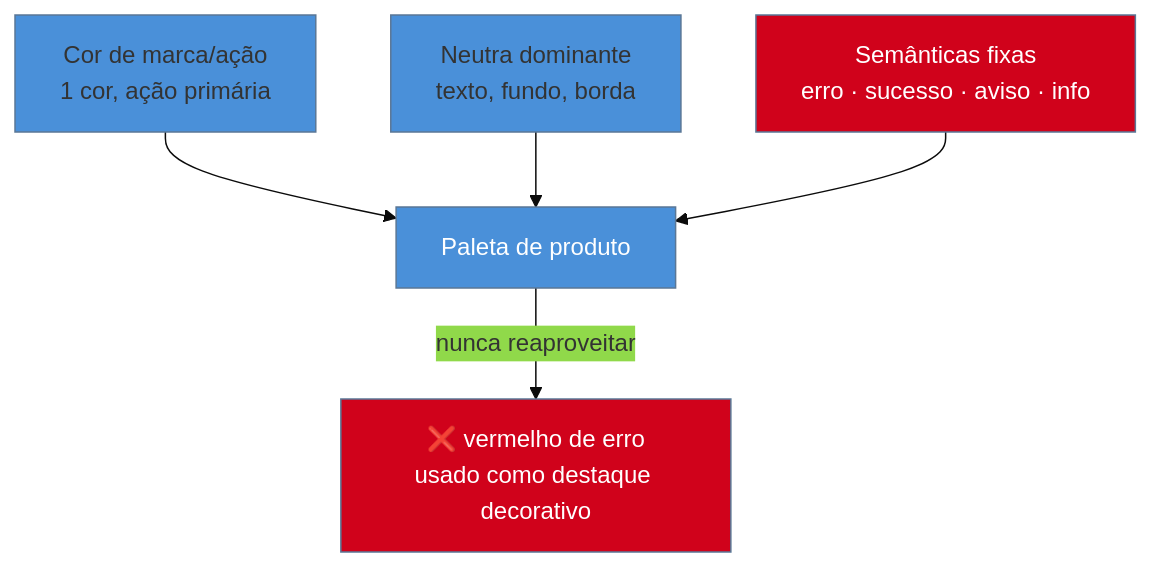
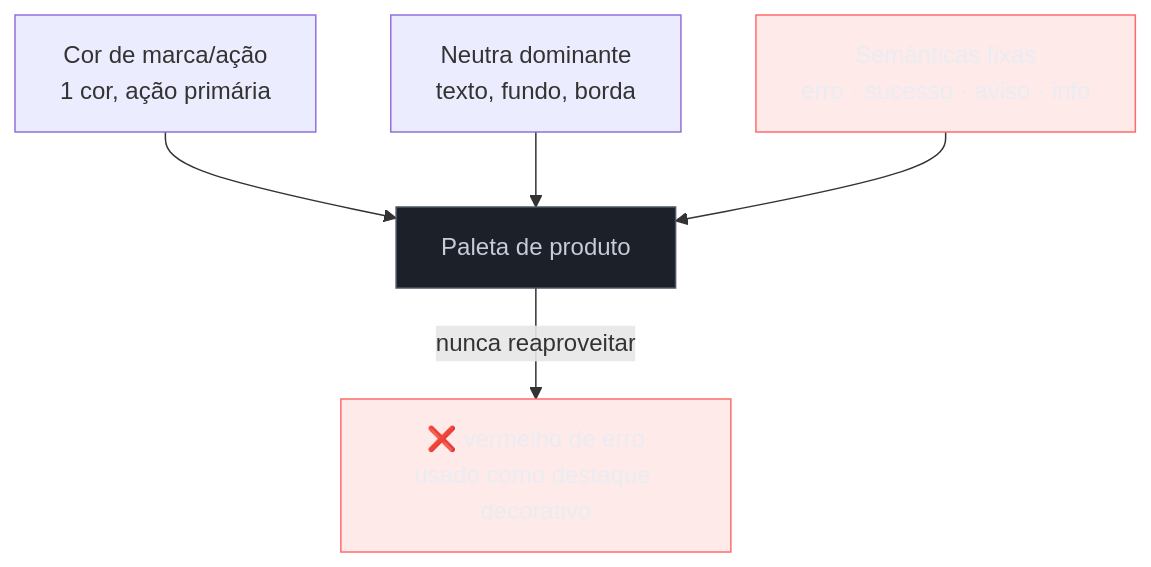
The diagram in 03-Dominios/Engenharia/UX/Linguagem Visual e Design System/28 - Cor de produto - OKLCH e paleta semântica.md (josenaldo/codex-technomanticus), drawn with Mermaid before and after one commit. The commit also changed 1181 other files, not shown here.

First line of the commit message:
fix(diagramas): paleta do sistema no lugar de cor cravada no markdown

````diff
--- a/03-Dominios/Engenharia/UX/Linguagem Visual e Design System/28 - Cor de produto - OKLCH e paleta semântica.md
+++ b/03-Dominios/Engenharia/UX/Linguagem Visual e Design System/28 - Cor de produto - OKLCH e paleta semântica.md
@@ -54,11 +54,12 @@
 ```mermaid
-%%{init: {"theme": "base", "themeVariables": {"primaryColor": "#4A90D9"}}}%%
 graph TD
+    classDef falha fill:#FF6B6B24,stroke:#FF6B6B,color:#E9ECF2
+    classDef neutro fill:#1B2029,stroke:#4E5666,color:#C6CCD8
     Brand["Cor de marca/ação<br/>1 cor, ação primária"] --> Pal["Paleta de produto"]
     Neutral["Neutra dominante<br/>texto, fundo, borda"] --> Pal
     Sem["Semânticas fixas<br/>erro · sucesso · aviso · info"] --> Pal
     Pal -->|"nunca reaproveitar"| X["❌ vermelho de erro<br/>usado como destaque decorativo"]
-    style Sem fill:#D0021B,color:#fff
-    style Pal fill:#4A90D9,color:#fff
-    style X fill:#D0021B,color:#fff
+    class Sem falha
+    class Pal neutro
+    class X falha
 ```
````
